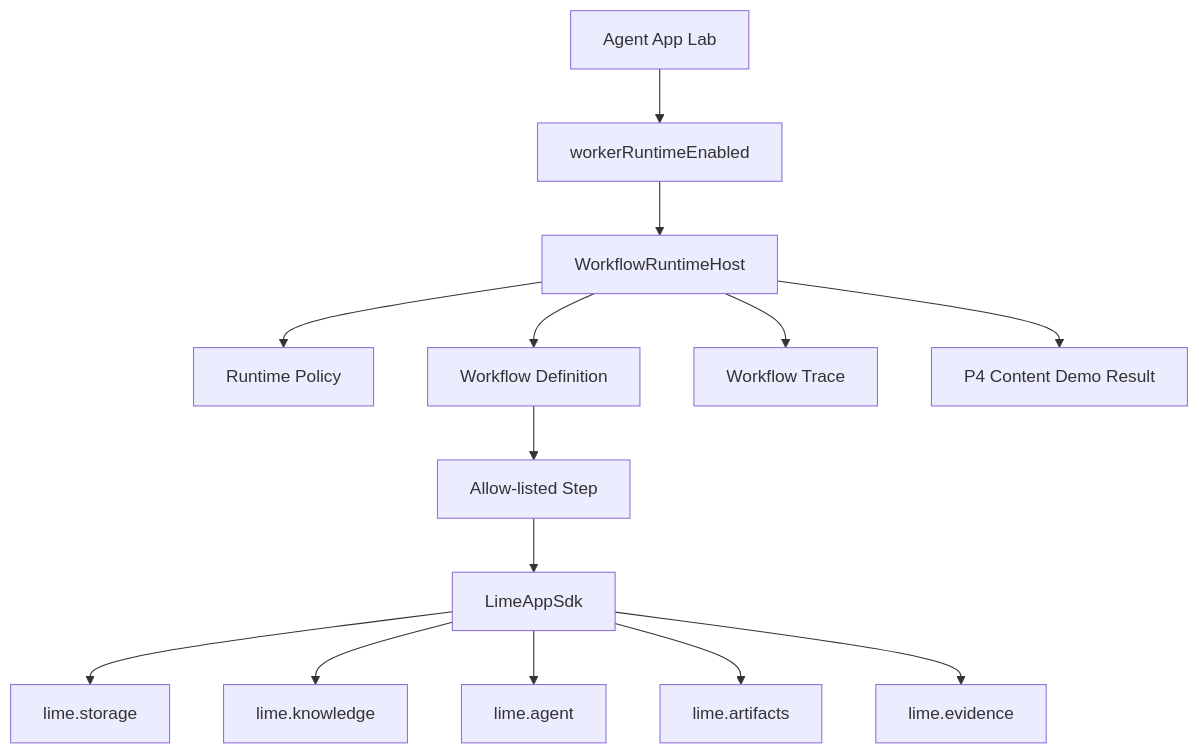
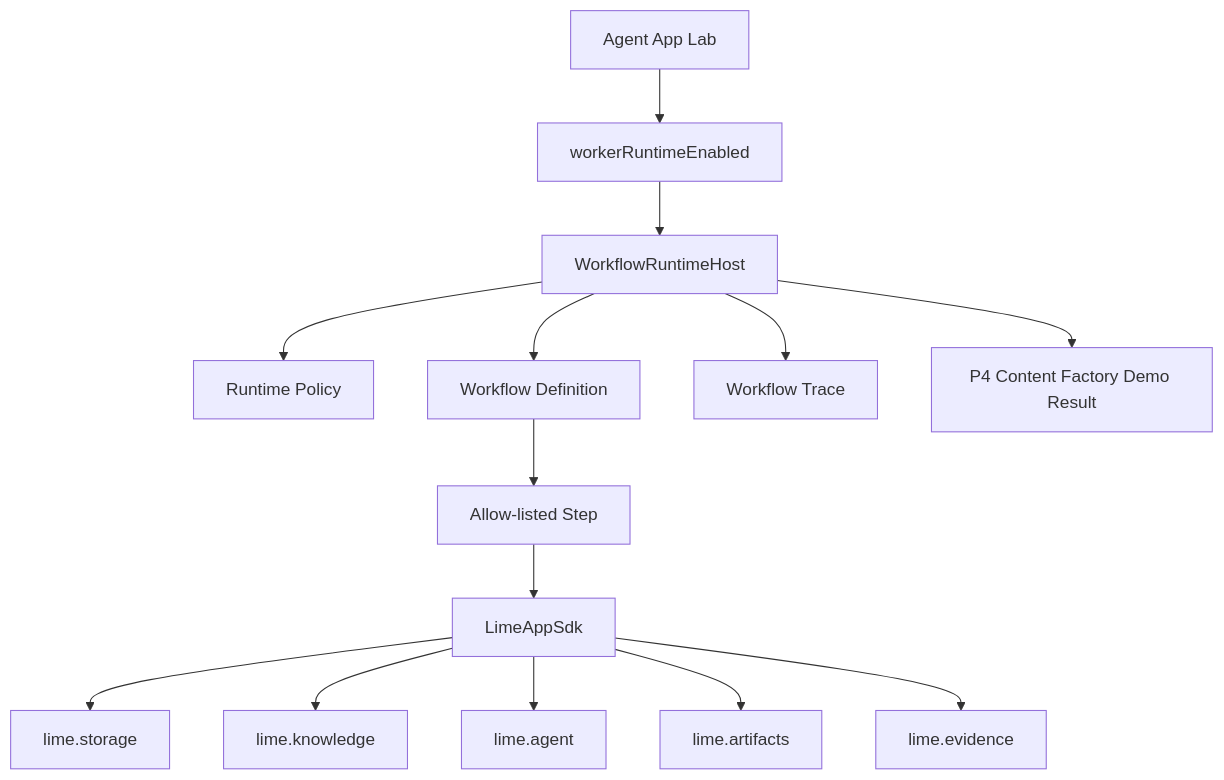
Before and after one commit to jiujuan/lime: the first of 3 diagrams in docs/roadmap/agentapp/p4-workflow-runtime.md, drawn with Mermaid. The commit also changed other lines of this file and 338 other files, not shown here.

````diff
--- a/docs/roadmap/agentapp/p4-workflow-runtime.md
+++ b/docs/roadmap/agentapp/p4-workflow-runtime.md
@@ -40,16 +40,16 @@
 ```mermaid
 flowchart TD
   Lab[Agent App Lab] --> Flags[workerRuntimeEnabled]
   Flags --> Runtime[WorkflowRuntimeHost]
   Runtime --> Policy[Runtime Policy]
   Runtime --> Definition[Workflow Definition]
   Definition --> Step[Allow-listed Step]
   Step --> SDK[LimeAppSdk]
   SDK --> Storage[lime.storage]
   SDK --> Knowledge[lime.knowledge]
   SDK --> Agent[lime.agent]
   SDK --> Artifact[lime.artifacts]
   SDK --> Evidence[lime.evidence]
   Runtime --> Trace[Workflow Trace]
-  Runtime --> Result[P4 Content Demo Result]
+  Runtime --> Result[P4 Content Factory Demo Result]
 ```
````
